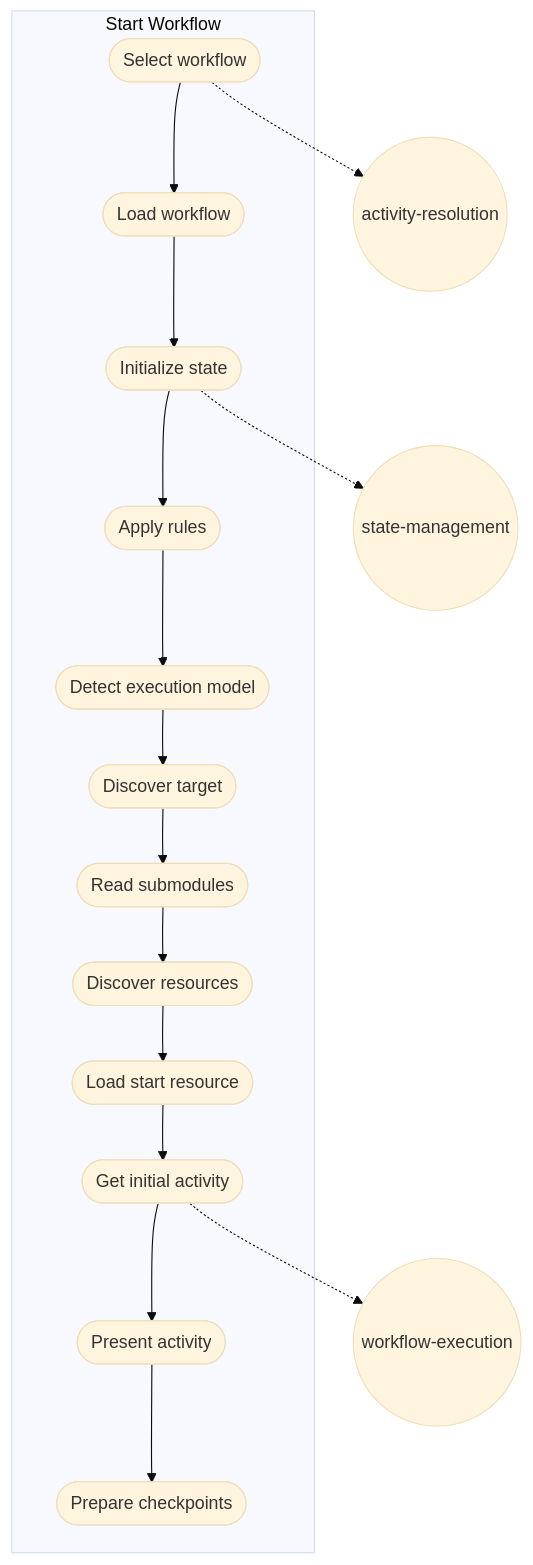
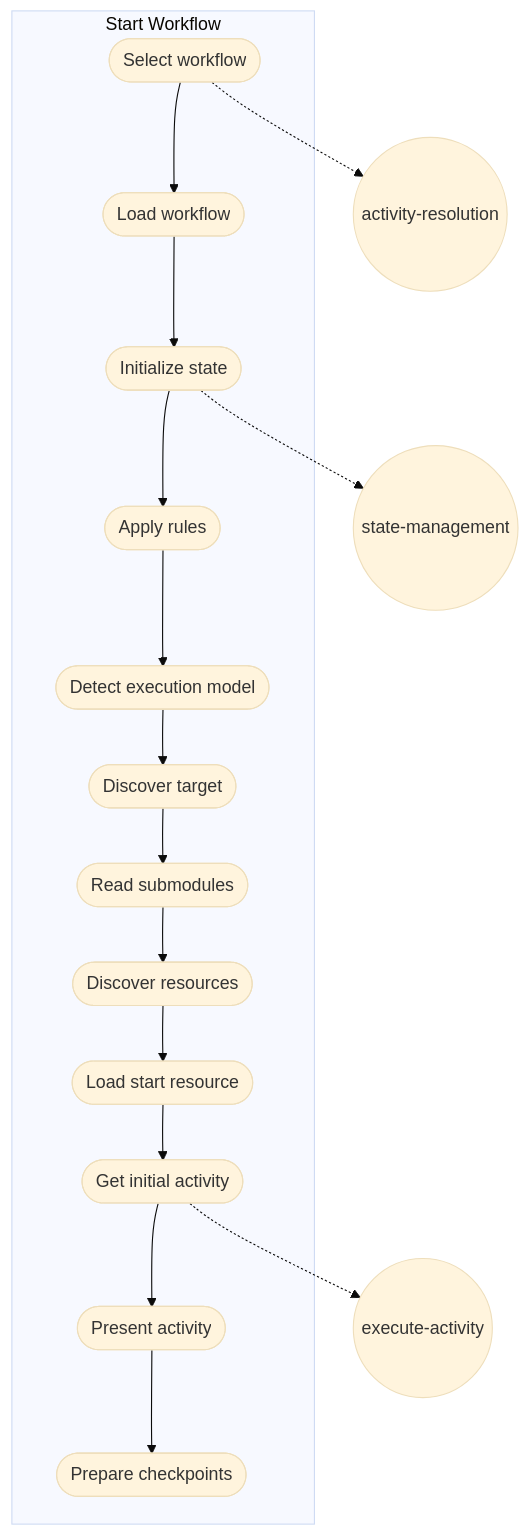
One commit to m2ux/workflow-server changed the second of 4 diagrams in meta/README.md. Above: the diagram before and after it, drawn with Mermaid (base theme). The commit also changed other lines of this file, not shown here.

First line of the commit message:
docs: update meta README for skill migration (#88)

````diff
--- a/meta/README.md
+++ b/meta/README.md
@@ -44,27 +44,27 @@
 ```mermaid
 graph TD
     subgraph start-workflow[Start Workflow]
         s1([Select workflow])
         s2([Load workflow])
         s3([Initialize state])
         s4([Apply rules])
         s5([Detect execution model])
         s6([Discover target])
         s7([Read submodules])
         s8([Discover resources])
         s9([Load start resource])
         s10([Get initial activity])
         s11([Present activity])
         s12([Prepare checkpoints])
         
         s1 --> s2 --> s3 --> s4 --> s5 --> s6 --> s7 --> s8 --> s9 --> s10 --> s11 --> s12
     end
     
-    skill1((workflow-execution))
+    skill1((execute-activity))
     skill2((activity-resolution))
     skill3((state-management))
     
     s1 -.-> skill2
     s3 -.-> skill3
     s10 -.-> skill1
 ```
````
